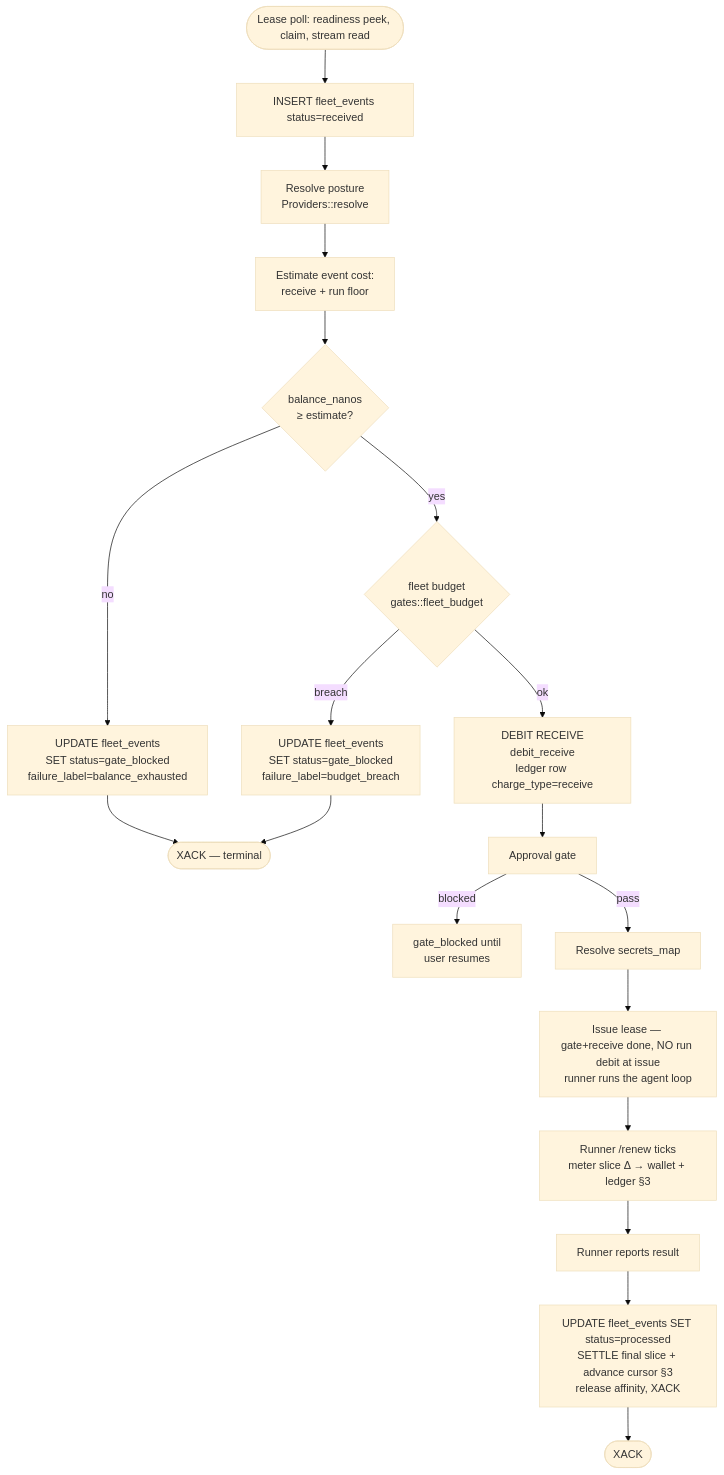
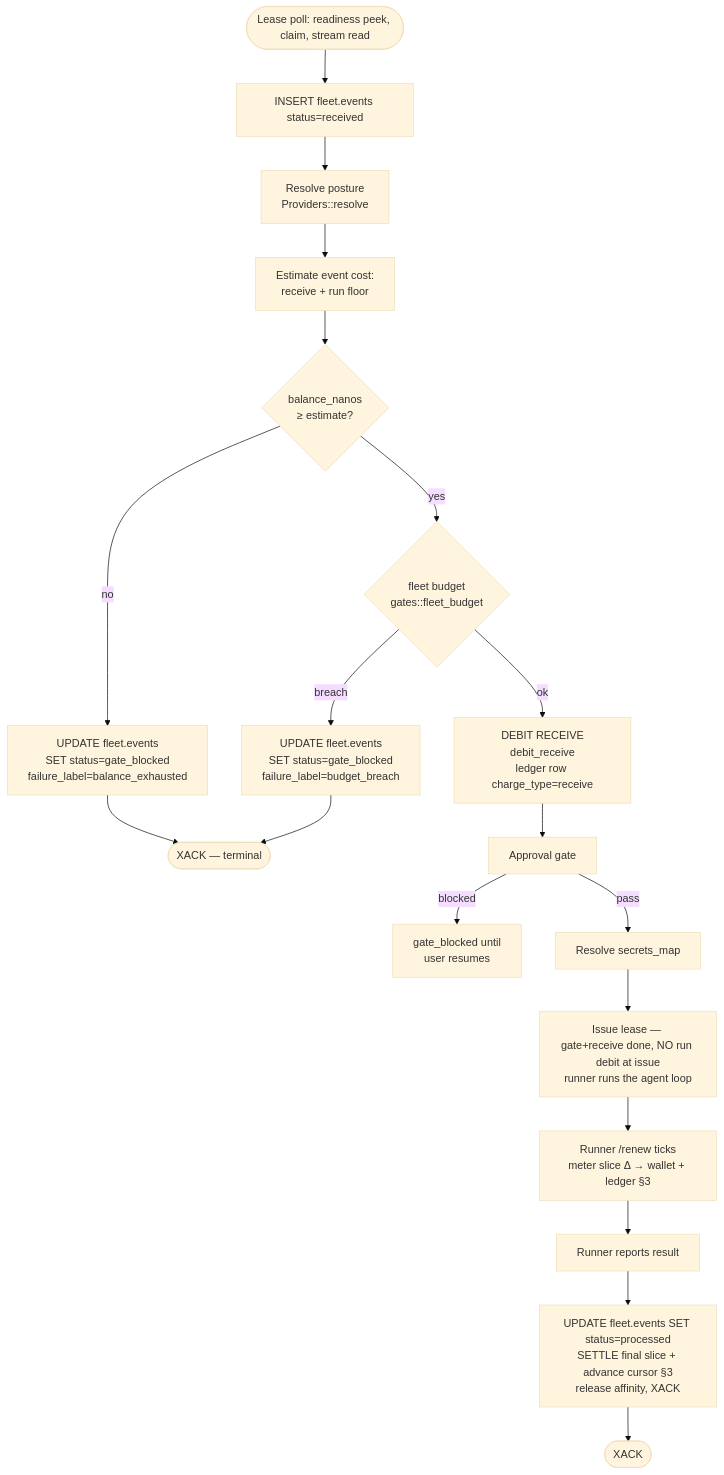
One commit to agentsfleet/agentsfleet changed the diagram in docs/architecture/billing_and_provider_keys.md. Above: the diagram before and after it, drawn with Mermaid (base theme). The commit also changed other lines of this file and 27 other files, not shown here.

First line of the commit message:
docs(architecture): name the rebuilt tables, columns and slots

````diff
--- a/docs/architecture/billing_and_provider_keys.md
+++ b/docs/architecture/billing_and_provider_keys.md
@@ -323,21 +323,21 @@
 ```mermaid
 flowchart TD
-    A([Lease poll: readiness peek, claim, stream read]) --> B[INSERT fleet_events status=received]
+    A([Lease poll: readiness peek, claim, stream read]) --> B[INSERT fleet.events status=received]
     B --> C[Resolve posture<br/>Providers::resolve]
     C --> D[Estimate event cost:<br/>receive + run floor]
     D --> E{balance_nanos<br/>≥ estimate?}
-    E -->|no| Block[UPDATE fleet_events<br/>SET status=gate_blocked<br/>failure_label=balance_exhausted]
+    E -->|no| Block[UPDATE fleet.events<br/>SET status=gate_blocked<br/>failure_label=balance_exhausted]
     Block --> X1([XACK — terminal])
     E -->|yes| BG{fleet budget<br/>gates::fleet_budget}
-    BG -->|breach| BB[UPDATE fleet_events<br/>SET status=gate_blocked<br/>failure_label=budget_breach]
+    BG -->|breach| BB[UPDATE fleet.events<br/>SET status=gate_blocked<br/>failure_label=budget_breach]
     BB --> X1
     BG -->|ok| F[DEBIT RECEIVE<br/>debit_receive<br/>ledger row charge_type=receive]
     F --> G[Approval gate]
     G -->|blocked| Wait[gate_blocked until<br/>user resumes]
     G -->|pass| H[Resolve secrets_map]
     H --> J[Issue lease — gate+receive done, NO run debit at issue<br/>runner runs the agent loop]
     J --> Renew[Runner /renew ticks<br/>meter slice Δ → wallet + ledger §3]
     Renew --> K[Runner reports result]
-    K --> L[UPDATE fleet_events SET status=processed<br/>SETTLE final slice + advance cursor §3<br/>release affinity, XACK]
+    K --> L[UPDATE fleet.events SET status=processed<br/>SETTLE final slice + advance cursor §3<br/>release affinity, XACK]
     L --> X2([XACK])
 ```
````
